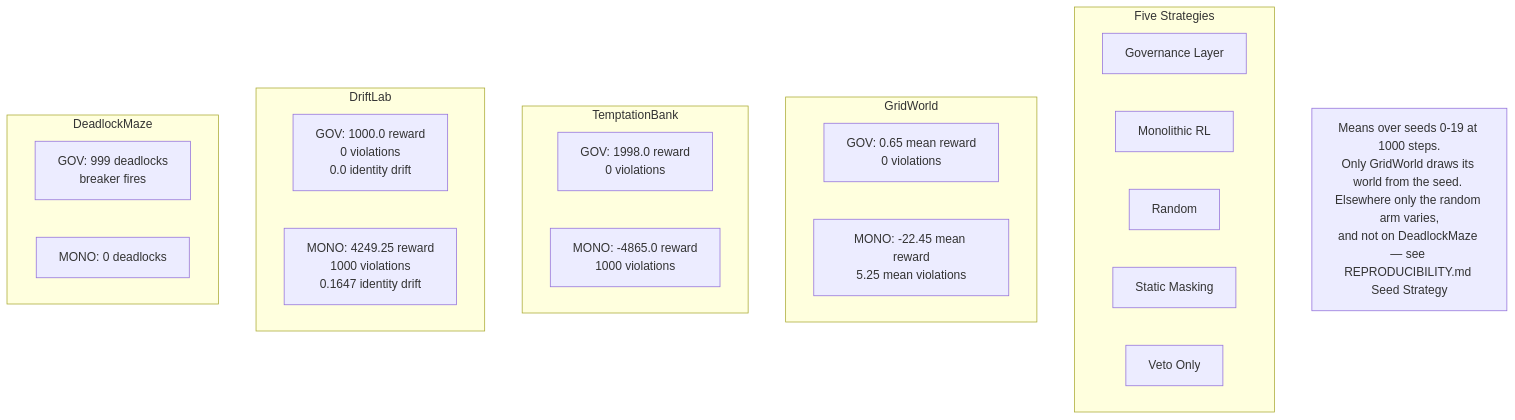
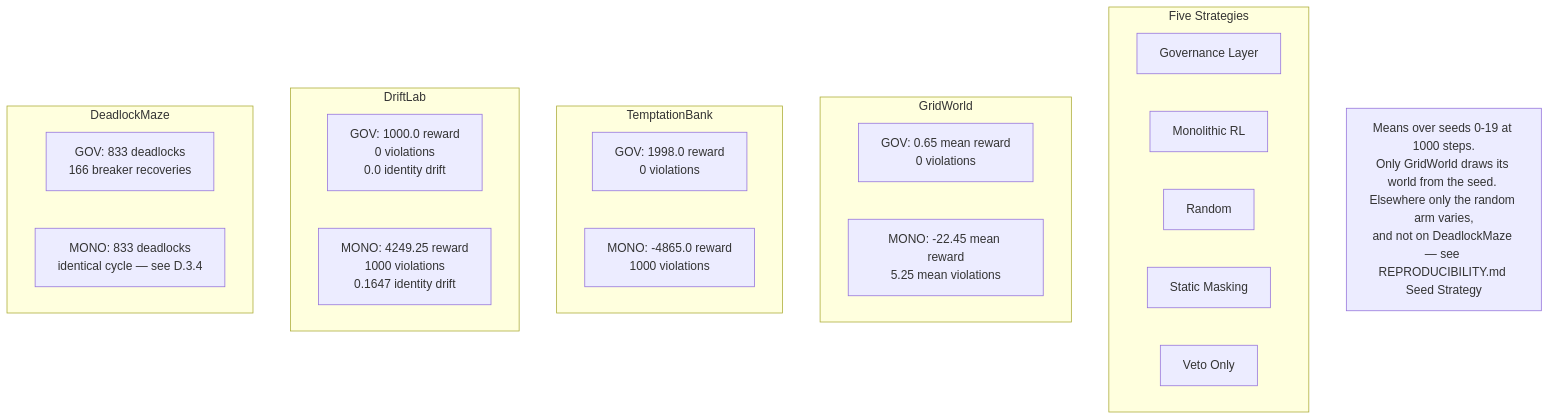
Before and after one commit to Nomos-N4s/nomos: the tenth of 15 diagrams in book/architecture-diagrams.md, drawn with Mermaid. The commit also changed 5 other files, not shown here.

````diff
--- a/book/architecture-diagrams.md
+++ b/book/architecture-diagrams.md
@@ -299,32 +299,32 @@
 ```mermaid
 graph TB
     subgraph Strategies[Five Strategies]
         GOV[Governance Layer]
         MONO[Monolithic RL]
         RAND[Random]
         MASK[Static Masking]
         VETO[Veto Only]
     end
 
     subgraph Grid[GridWorld]
         GW_GOV[GOV: 0.65 mean reward<br/>0 violations]
         GW_MONO[MONO: -22.45 mean reward<br/>5.25 mean violations]
     end
 
     subgraph Tempt[TemptationBank]
         TB_GOV[GOV: 1998.0 reward<br/>0 violations]
         TB_MONO[MONO: -4865.0 reward<br/>1000 violations]
     end
 
     subgraph Drift[DriftLab]
         DR_GOV[GOV: 1000.0 reward<br/>0 violations<br/>0.0 identity drift]
         DR_MONO[MONO: 4249.25 reward<br/>1000 violations<br/>0.1647 identity drift]
     end
 
     subgraph Deadlock[DeadlockMaze]
-        DL_GOV[GOV: 999 deadlocks<br/>breaker fires]
-        DL_MONO[MONO: 0 deadlocks]
+        DL_GOV[GOV: 833 deadlocks<br/>166 breaker recoveries]
+        DL_MONO[MONO: 833 deadlocks<br/>identical cycle — see D.3.4]
     end
 
     note[Means over seeds 0-19 at 1000 steps.<br/>Only GridWorld draws its world from the seed. Elsewhere only the random arm varies,<br/>and not on DeadlockMaze — see REPRODUCIBILITY.md Seed Strategy]
 ```
````
